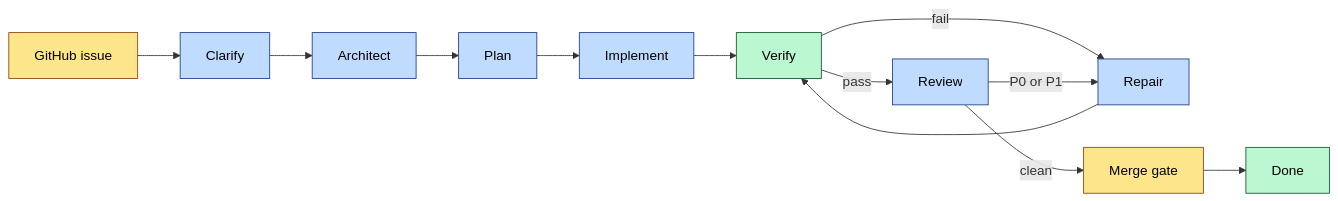
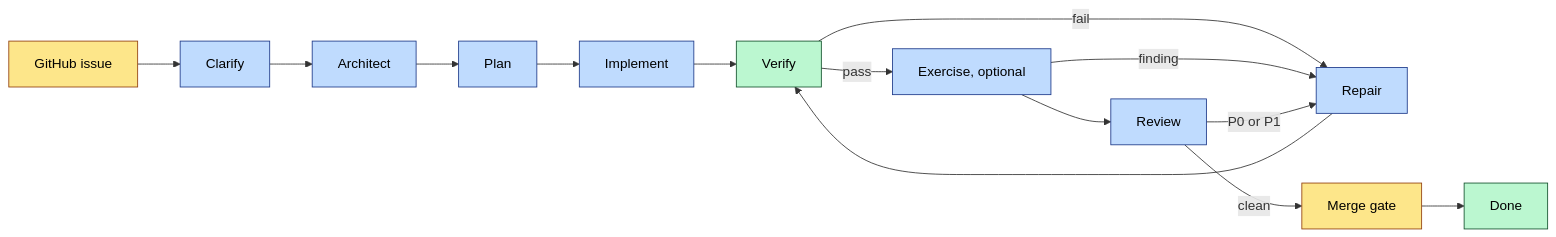
One commit to vovka/my-geek-blog-test changed the first of 2 diagrams in content/posts/automated-ai-sdlc-what-i-tested-in-my-software-factory.md. Above: the diagram before and after it, drawn with Mermaid. The commit also changed other lines of this file and 1 other file, not shown here.

First line of the commit message:
Give the AI SDLC post its own cover and describe the exercise stage and dark mode

````diff
--- a/content/posts/automated-ai-sdlc-what-i-tested-in-my-software-factory.md
+++ b/content/posts/automated-ai-sdlc-what-i-tested-in-my-software-factory.md
@@ -33,17 +33,19 @@
 ```mermaid
 flowchart LR
     I[GitHub issue]:::human --> C[Clarify]:::ai
     C --> A[Architect]:::ai
     A --> P[Plan]:::ai
     P --> M[Implement]:::ai
     M --> V[Verify]:::code
     V -->|fail| R[Repair]:::ai
     R --> V
-    V -->|pass| W[Review]:::ai
+    V -->|pass| X[Exercise, optional]:::ai
+    X --> W[Review]:::ai
+    X -->|finding| R
     W -->|P0 or P1| R
     W -->|clean| G[Merge gate]:::human
     G --> D[Done]:::code
     classDef human fill:#fde68a,stroke:#92400e,color:#000
     classDef ai fill:#bfdbfe,stroke:#1e3a8a,color:#000
     classDef code fill:#bbf7d0,stroke:#14532d,color:#000
 ```
````
